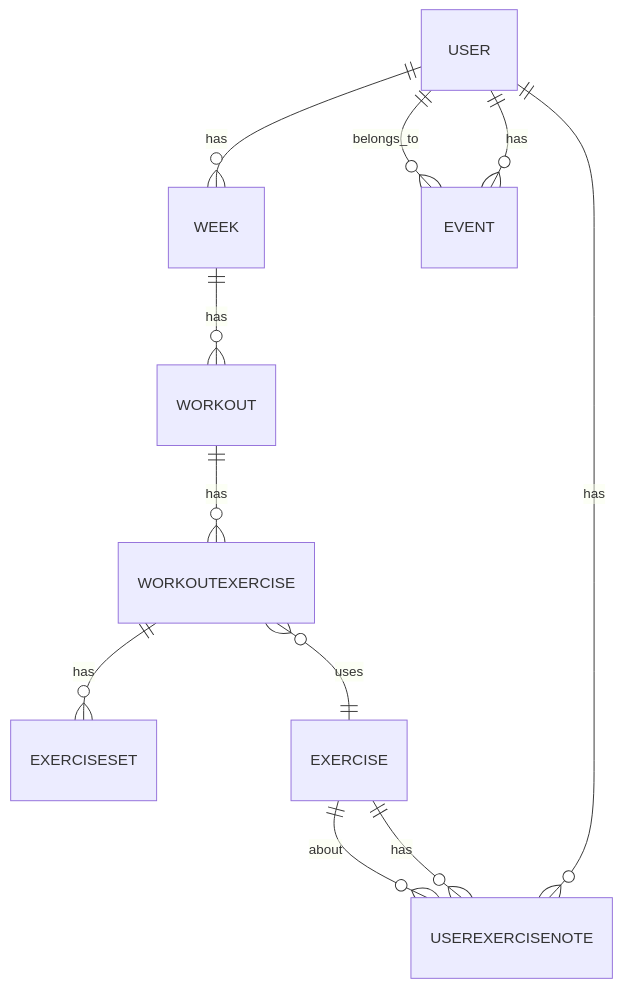
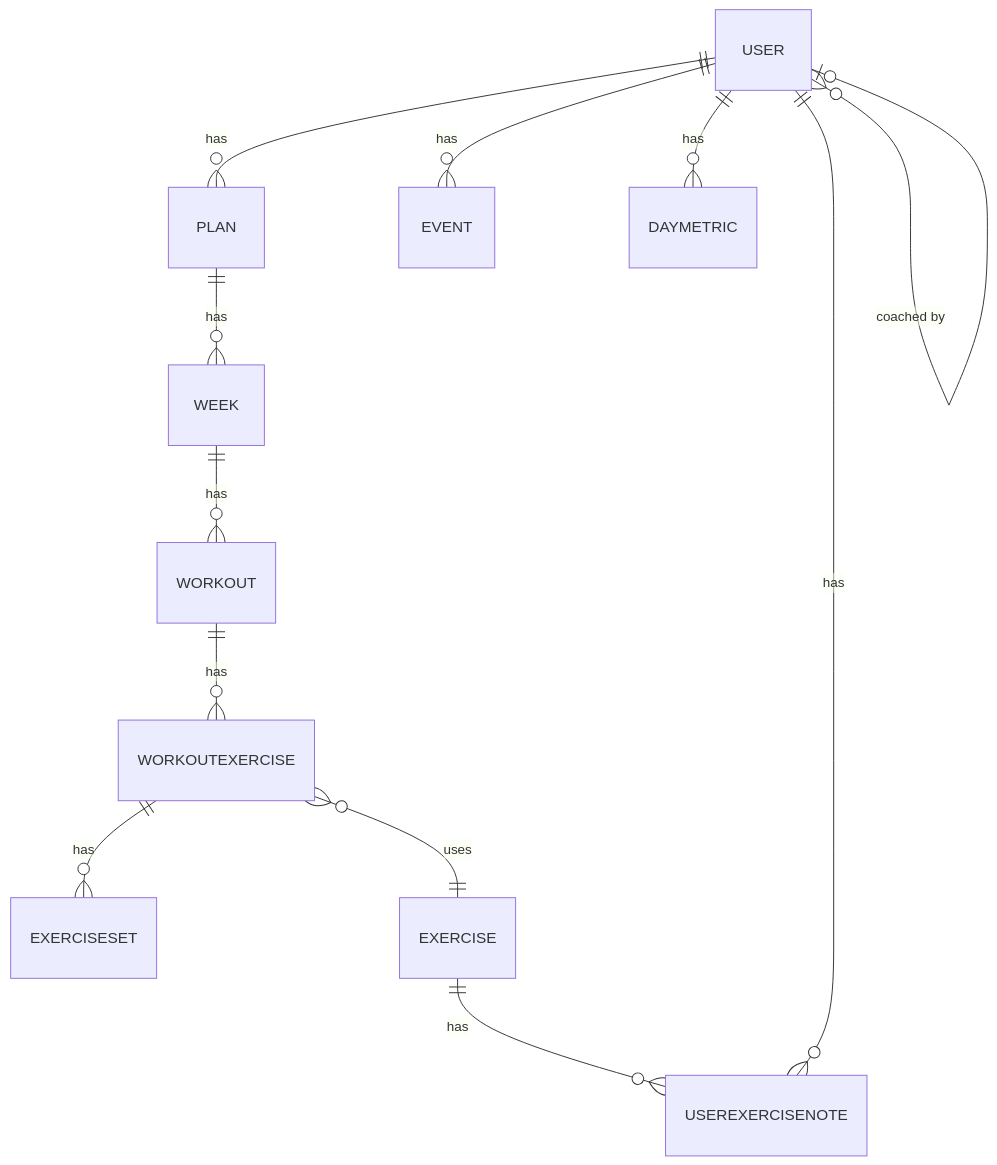
The diagram in README.md (Aaron-Mackay/forti), drawn with Mermaid before and after one commit. The commit also changed other lines of this file and 1 other file, not shown here.

````diff
--- a/README.md
+++ b/README.md
@@ -37,19 +62,19 @@
 ```mermaid
 erDiagram
-    USER ||--o{ WEEK : has
+    USER ||--o{ PLAN : has
     USER ||--o{ EVENT : has
+    USER ||--o{ DAYMETRIC : has
     USER ||--o{ USEREXERCISENOTE : has
+    USER }o--o| USER : "coached by"
+
+    PLAN ||--o{ WEEK : has
 
     WEEK ||--o{ WORKOUT : has
 
     WORKOUT ||--o{ WORKOUTEXERCISE : has
 
     WORKOUTEXERCISE ||--o{ EXERCISESET : has
     WORKOUTEXERCISE }o--|| EXERCISE : uses
 
     EXERCISE ||--o{ USEREXERCISENOTE : has
-
-    EVENT }o--|| USER : belongs_to
-
-    USEREXERCISENOTE }o--|| EXERCISE : about
 ```
````
